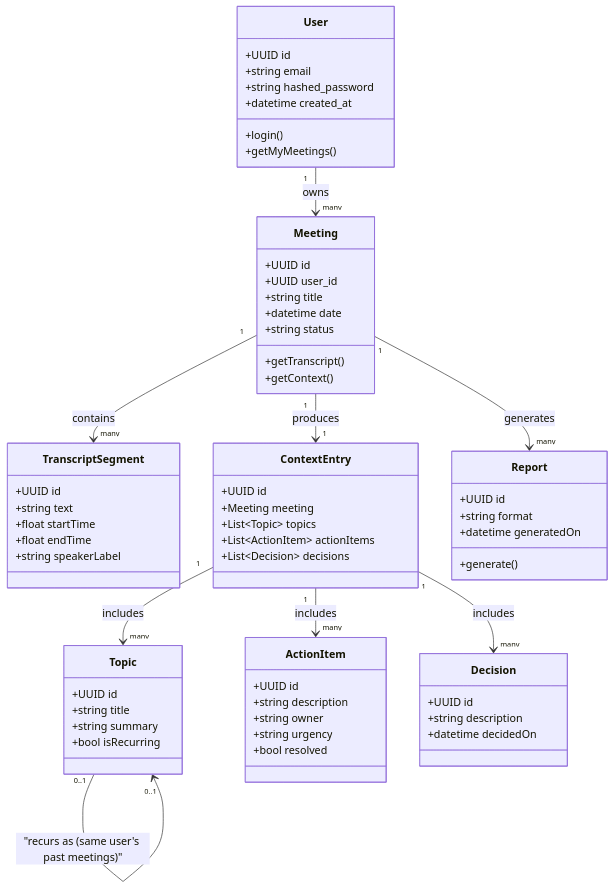
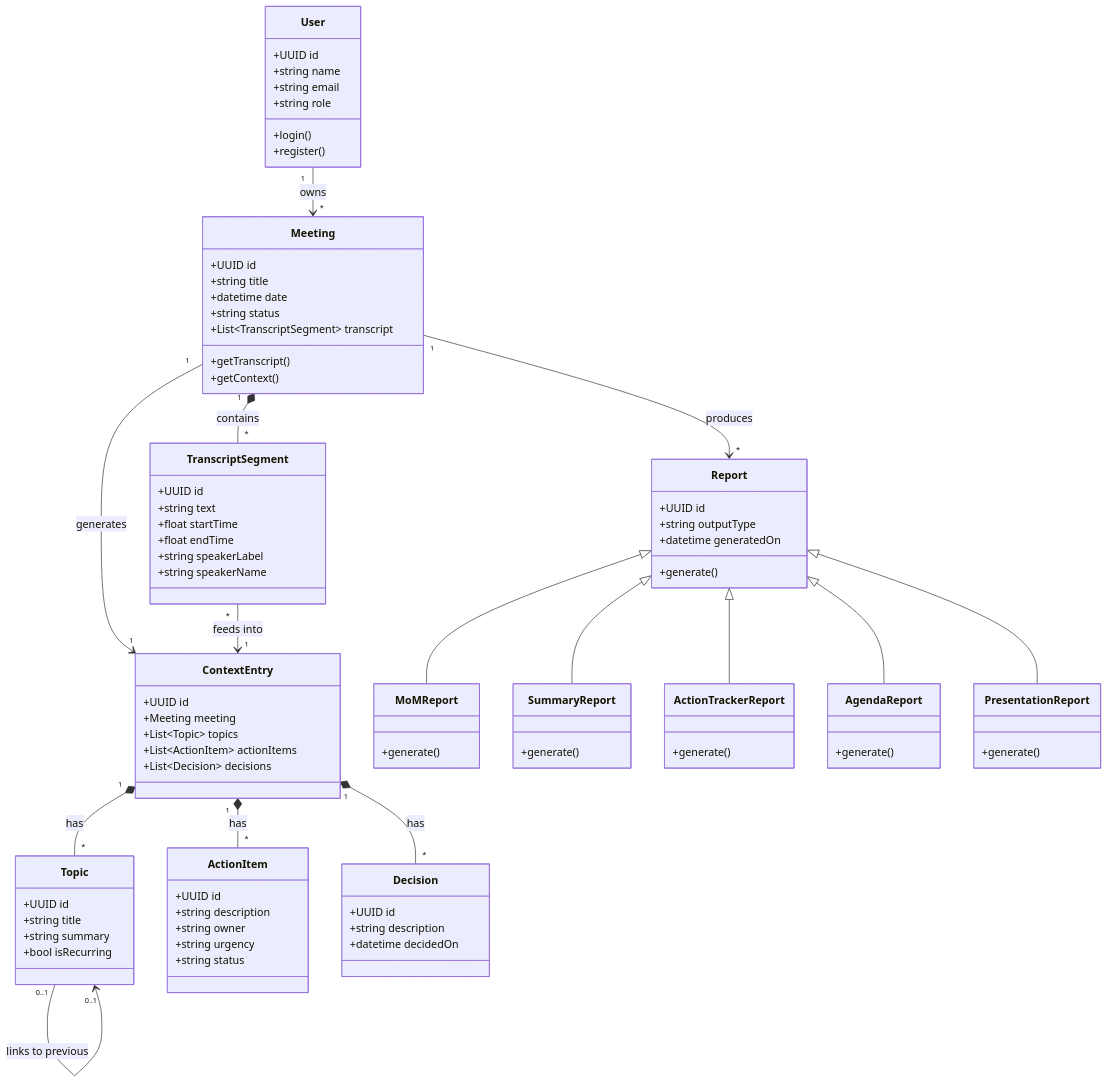
Before and after one commit to Karansinh22/CMIS: the second of 8 diagrams in docs/CMIS_UML_Diagrams.md, drawn with Mermaid. The commit also changed other lines of this file, not shown here.

````diff
--- a/docs/CMIS_UML_Diagrams.md
+++ b/docs/CMIS_UML_Diagrams.md
@@ -45,19 +67,19 @@
 classDiagram
     class User {
         +UUID id
+        +string name
         +string email
-        +string hashed_password
-        +datetime created_at
+        +string role
         +login()
-        +getMyMeetings()
+        +register()
     }
 
     class Meeting {
         +UUID id
-        +UUID user_id
         +string title
         +datetime date
         +string status
+        +List~TranscriptSegment~ transcript
         +getTranscript()
         +getContext()
     }
@@ -68,6 +90,15 @@
         +float startTime
         +float endTime
         +string speakerLabel
+        +string speakerName
+    }
+
+    class ContextEntry {
+        +UUID id
+        +Meeting meeting
+        +List~Topic~ topics
+        +List~ActionItem~ actionItems
+        +List~Decision~ decisions
     }
 
     class Topic {
@@ -82,7 +113,7 @@
         +string description
         +string owner
         +string urgency
-        +bool resolved
+        +string status
     }
 
     class Decision {
@@ -91,27 +122,45 @@
         +datetime decidedOn
     }
 
-    class ContextEntry {
-        +UUID id
-        +Meeting meeting
-        +List~Topic~ topics
-        +List~ActionItem~ actionItems
-        +List~Decision~ decisions
-    }
-
     class Report {
         +UUID id
-        +string format
+        +string outputType
         +datetime generatedOn
         +generate()
     }
 
-    User "1" --> "many" Meeting : owns
-    Meeting "1" --> "many" TranscriptSegment : contains
-    Meeting "1" --> "1" ContextEntry : produces
-    ContextEntry "1" --> "many" Topic : includes
-    ContextEntry "1" --> "many" ActionItem : includes
-    ContextEntry "1" --> "many" Decision : includes
-    Meeting "1" --> "many" Report : generates
-    Topic "0..1" --> "0..1" Topic : "recurs as (same user's past meetings)"
+    class MoMReport {
+        +generate()
+    }
+
+    class SummaryReport {
+        +generate()
+    }
+
+    class ActionTrackerReport {
+        +generate()
+    }
+
+    class AgendaReport {
+        +generate()
+    }
+
+    class PresentationReport {
+        +generate()
+    }
+
+    User "1" --> "*" Meeting : owns
+    Meeting "1" *-- "*" TranscriptSegment : contains
+    Meeting "1" --> "1" ContextEntry : generates
+    Meeting "1" --> "*" Report : produces
+    TranscriptSegment "*" --> "1" ContextEntry : feeds into
+    ContextEntry "1" *-- "*" Topic : has
+    ContextEntry "1" *-- "*" ActionItem : has
+    ContextEntry "1" *-- "*" Decision : has
+    Topic "0..1" --> "0..1" Topic : links to previous
+    Report <|-- MoMReport
+    Report <|-- SummaryReport
+    Report <|-- ActionTrackerReport
+    Report <|-- AgendaReport
+    Report <|-- PresentationReport
 ```
````
